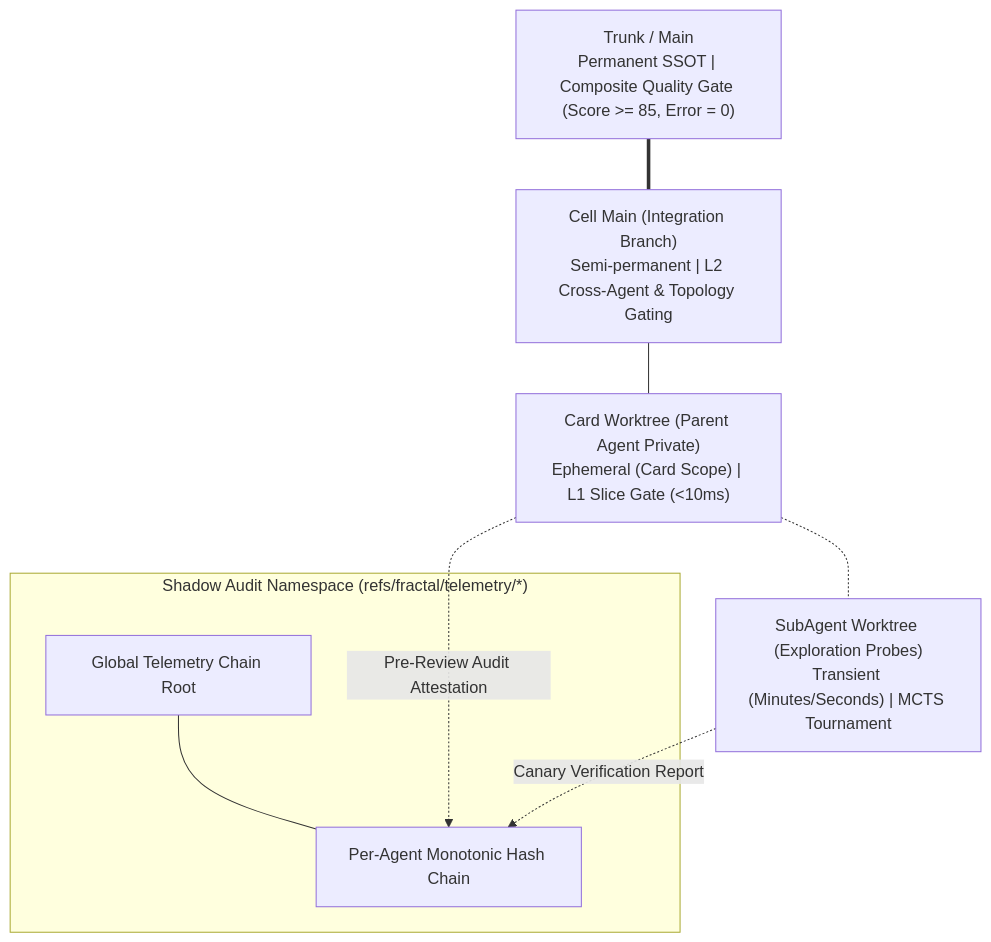
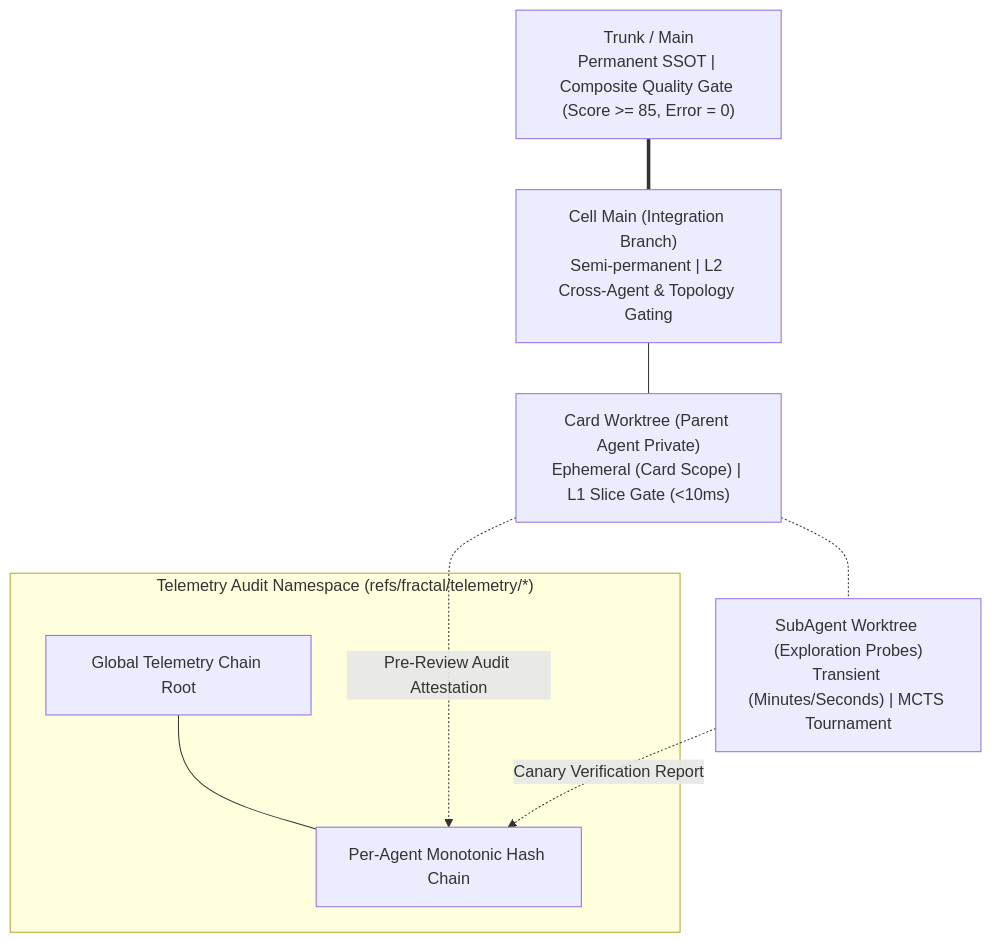
The first of 3 diagrams in fractal-git/docs/ARCHITECTURE.md (guilingzhouyi-creator/vscode-extensions), drawn with Mermaid before and after one commit. The commit also changed other lines of this file and 20 other files, not shown here.

````diff
--- a/fractal-git/docs/ARCHITECTURE.md
+++ b/fractal-git/docs/ARCHITECTURE.md
@@ -14,20 +14,20 @@
 ```mermaid
 flowchart TD
   TRUNK["Trunk / Main<br/>Permanent SSOT | Composite Quality Gate (Score >= 85, Error = 0)"]
   CELL_MAIN["Cell Main (Integration Branch)<br/>Semi-permanent | L2 Cross-Agent & Topology Gating"]
   CARD_WT["Card Worktree (Parent Agent Private)<br/>Ephemeral (Card Scope) | L1 Slice Gate (<10ms)"]
   SUB_WT["SubAgent Worktree (Exploration Probes)<br/>Transient (Minutes/Seconds) | MCTS Tournament"]
 
   TRUNK === CELL_MAIN
   CELL_MAIN --- CARD_WT
   CARD_WT -.- SUB_WT
 
-  subgraph TELEMETRY_CHAIN["Shadow Audit Namespace (refs/fractal/telemetry/*)"]
+  subgraph TELEMETRY_CHAIN["Telemetry Audit Namespace (refs/fractal/telemetry/*)"]
     AUDIT_ROOT["Global Telemetry Chain Root"]
     AGENT_CHAIN["Per-Agent Monotonic Hash Chain"]
     AUDIT_ROOT --- AGENT_CHAIN
   end
 
   CARD_WT -.->|"Pre-Review Audit Attestation"| AGENT_CHAIN
   SUB_WT -.->|"Canary Verification Report"| AGENT_CHAIN
 ```
````
